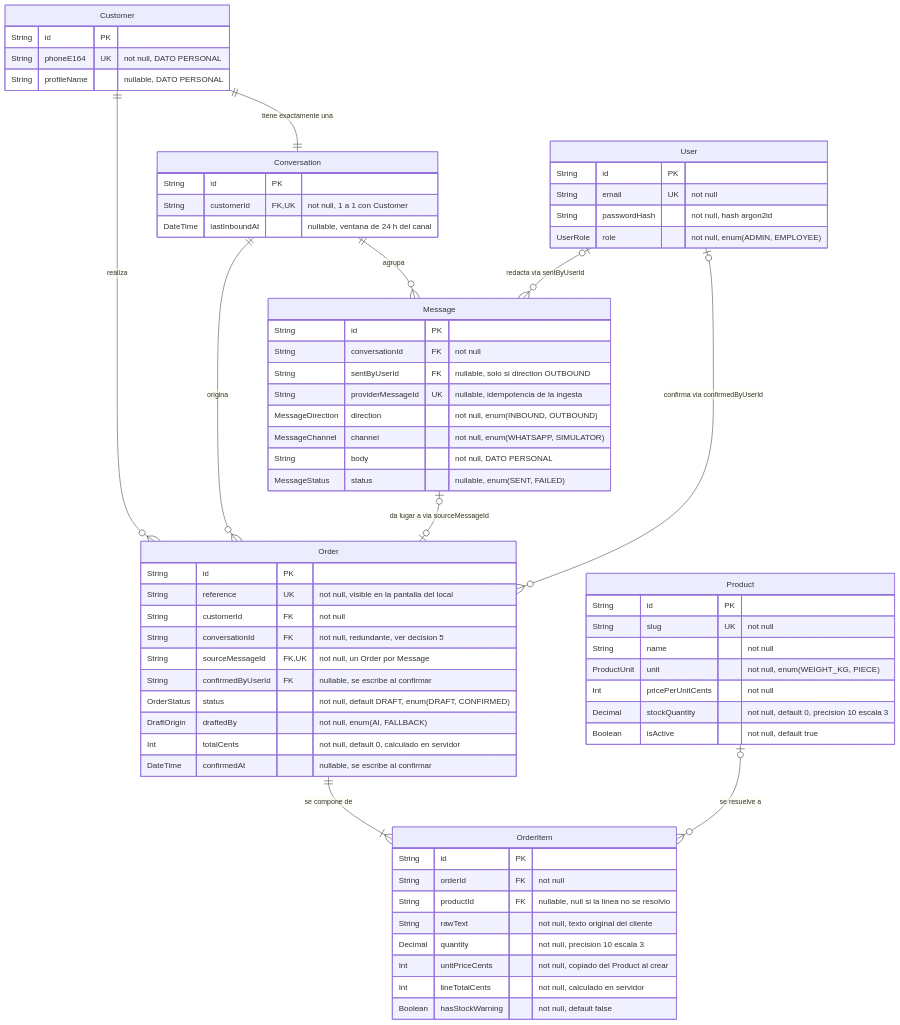
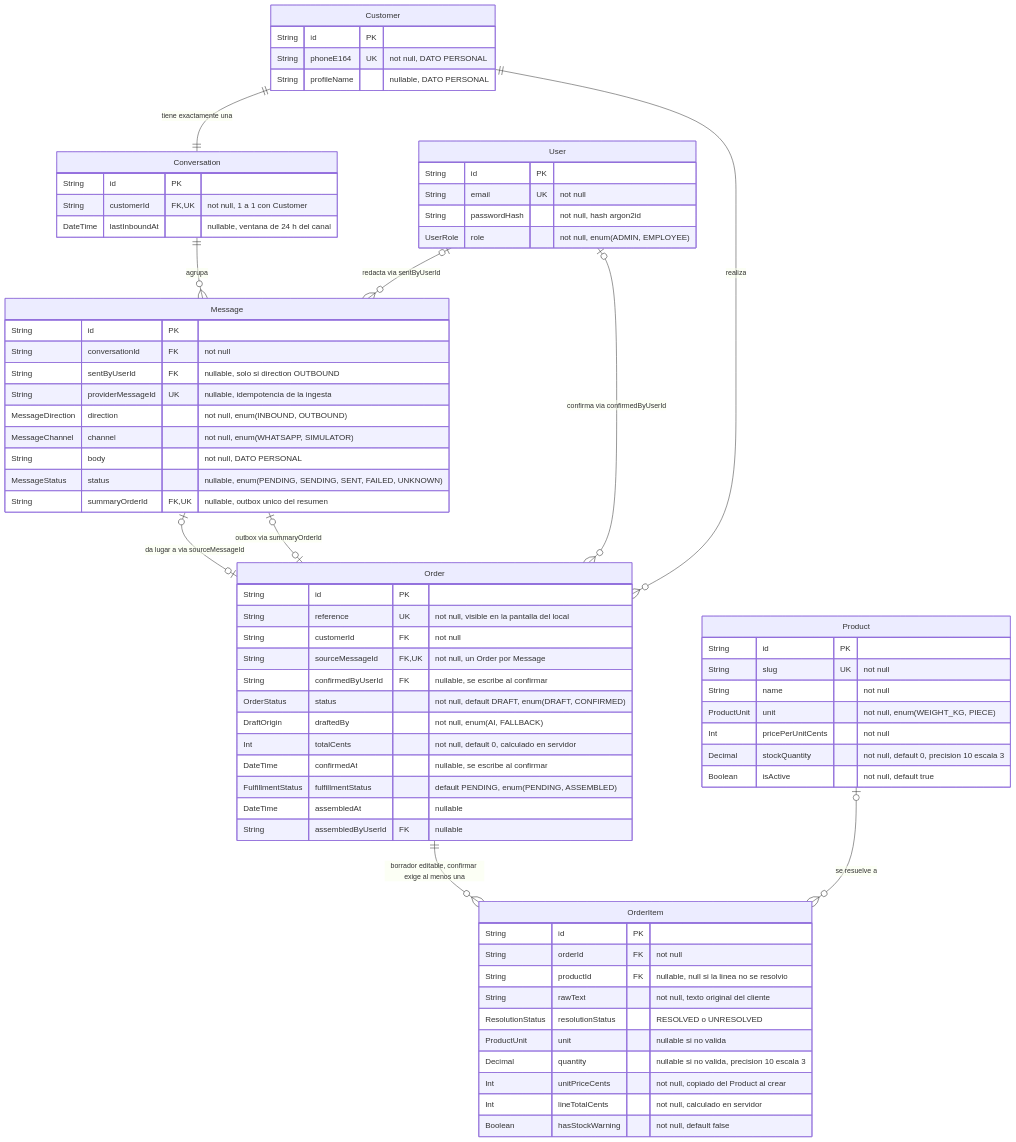
The sixth of 7 diagrams in readme.md (fedewagner/SRS-Carnik), drawn with Mermaid before and after one commit. The commit also changed other lines of this file and 8 other files, not shown here.

Commit message:
docs: clarify order validation, pricing, fulfillment and delivery guarantees; define energy deal permissions and idempotency

````diff
--- a/readme.md
+++ b/readme.md
@@ -810,76 +812,81 @@
 ```mermaid
 erDiagram
     Customer     ||--|| Conversation : "tiene exactamente una"
     Conversation ||--o{ Message      : "agrupa"
     User         |o--o{ Message      : "redacta via sentByUserId"
     Customer     ||--o{ Order        : "realiza"
-    Conversation ||--o{ Order        : "origina"
     Message      |o--o| Order        : "da lugar a via sourceMessageId"
     User         |o--o{ Order        : "confirma via confirmedByUserId"
-    Order        ||--|{ OrderItem    : "se compone de"
+    Order        ||--o{ OrderItem    : "borrador editable, confirmar exige al menos una"
+    Order        |o--o| Message      : "outbox via summaryOrderId"
     Product      |o--o{ OrderItem    : "se resuelve a"
 
     User {
         String id PK
         String email UK "not null"
         String passwordHash "not null, hash argon2id"
         UserRole role "not null, enum(ADMIN, EMPLOYEE)"
     }
 
     Customer {
         String id PK
         String phoneE164 UK "not null, DATO PERSONAL"
         String profileName "nullable, DATO PERSONAL"
     }
 
     Conversation {
         String id PK
         String customerId FK, UK "not null, 1 a 1 con Customer"
         DateTime lastInboundAt "nullable, ventana de 24 h del canal"
     }
 
     Message {
         String id PK
         String conversationId FK "not null"
         String sentByUserId FK "nullable, solo si direction OUTBOUND"
         String providerMessageId UK "nullable, idempotencia de la ingesta"
         MessageDirection direction "not null, enum(INBOUND, OUTBOUND)"
         MessageChannel channel "not null, enum(WHATSAPP, SIMULATOR)"
         String body "not null, DATO PERSONAL"
-        MessageStatus status "nullable, enum(SENT, FAILED)"
+        MessageStatus status "nullable, enum(PENDING, SENDING, SENT, FAILED, UNKNOWN)"
+        String summaryOrderId FK, UK "nullable, outbox unico del resumen"
     }
 
     Order {
         String id PK
         String reference UK "not null, visible en la pantalla del local"
         String customerId FK "not null"
-        String conversationId FK "not null, redundante, ver decision 5"
         String sourceMessageId FK, UK "not null, un Order por Message"
         String confirmedByUserId FK "nullable, se escribe al confirmar"
         OrderStatus status "not null, default DRAFT, enum(DRAFT, CONFIRMED)"
         DraftOrigin draftedBy "not null, enum(AI, FALLBACK)"
         Int totalCents "not null, default 0, calculado en servidor"
         DateTime confirmedAt "nullable, se escribe al confirmar"
+        FulfillmentStatus fulfillmentStatus "default PENDING, enum(PENDING, ASSEMBLED)"
+        DateTime assembledAt "nullable"
+        String assembledByUserId FK "nullable"
     }
 
     OrderItem {
         String id PK
         String orderId FK "not null"
         String productId FK "nullable, null si la linea no se resolvio"
         String rawText "not null, texto original del cliente"
-        Decimal quantity "not null, precision 10 escala 3"
+        ResolutionStatus resolutionStatus "RESOLVED o UNRESOLVED"
+        ProductUnit unit "nullable si no valida"
+        Decimal quantity "nullable si no valida, precision 10 escala 3"
         Int unitPriceCents "not null, copiado del Product al crear"
         Int lineTotalCents "not null, calculado en servidor"
         Boolean hasStockWarning "not null, default false"
     }
 
     Product {
         String id PK
         String slug UK "not null"
         String name "not null"
         ProductUnit unit "not null, enum(WEIGHT_KG, PIECE)"
         Int pricePerUnitCents "not null"
         Decimal stockQuantity "not null, default 0, precision 10 escala 3"
         Boolean isActive "not null, default true"
     }
 ```
````
